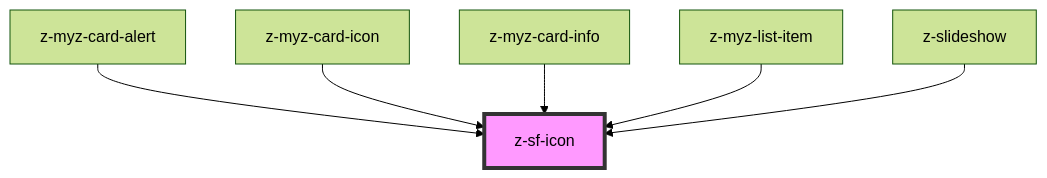
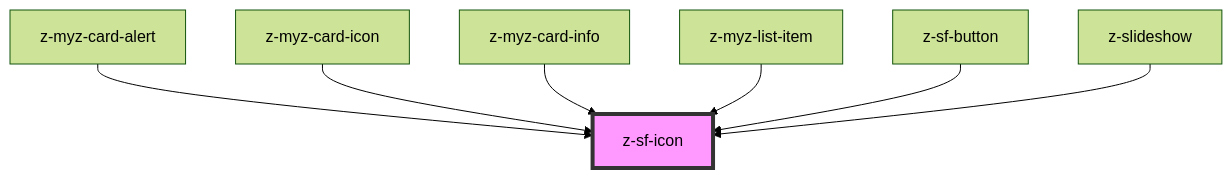
One commit to ZanichelliEditore/design-system changed the diagram in src/components/z-sf-icon/readme.md. Above: the diagram before and after it, drawn with Mermaid (forest theme). The commit also changed other lines of this file and 14 other files, not shown here.

````diff
--- a/src/components/z-sf-icon/readme.md
+++ b/src/components/z-sf-icon/readme.md
@@ -50,9 +51,10 @@
 ```mermaid
 graph TD;
   z-myz-card-alert --> z-sf-icon
   z-myz-card-icon --> z-sf-icon
   z-myz-card-info --> z-sf-icon
   z-myz-list-item --> z-sf-icon
+  z-sf-button --> z-sf-icon
   z-slideshow --> z-sf-icon
   style z-sf-icon fill:#f9f,stroke:#333,stroke-width:4px
 ```
````
